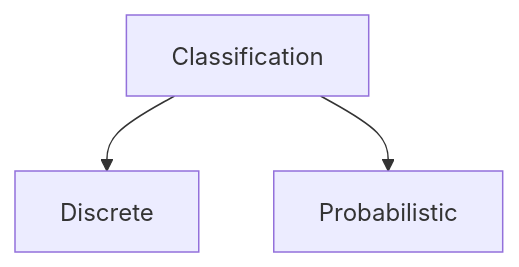
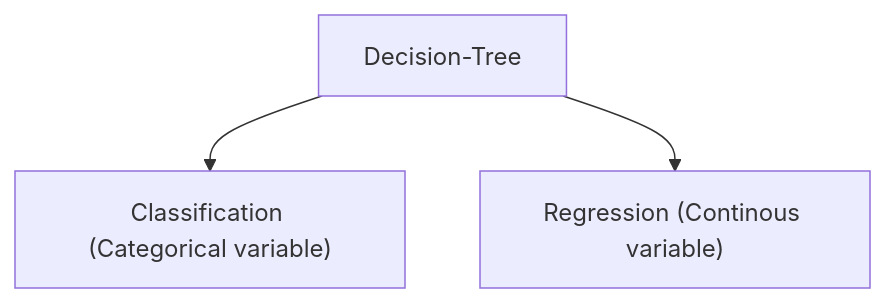
Before and after one commit to sohang3112/machine-learning-practice: the third of 3 diagrams in NOTES.md, drawn with Mermaid. The commit also changed other lines of this file and 2 other files, not shown here.

Commit message:
Data Manipulations; Classification methods (WIP)

````diff
--- a/NOTES.md
+++ b/NOTES.md
@@ -72,5 +158,5 @@
 ```mermaid
 graph TD;
-    Classification --> Discrete;
-    Classification --> Probabilistic;
+    Decision-Tree --> Classification["Classification (Categorical variable)"]
+    Decision-Tree --> Regression["Regression (Continous variable)"]
 ```
````
